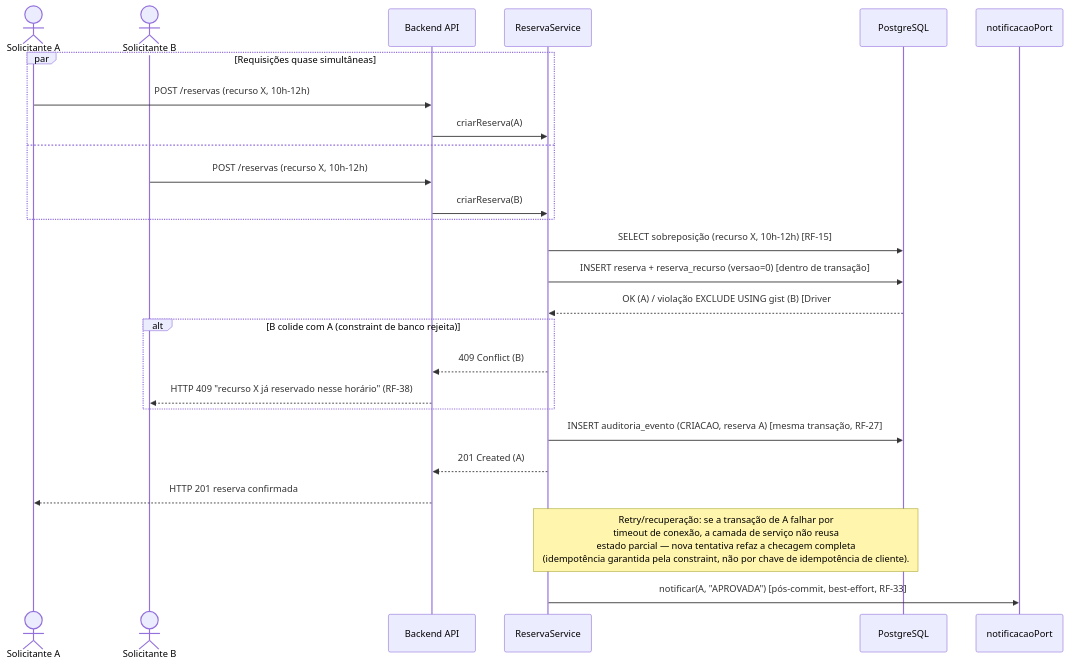
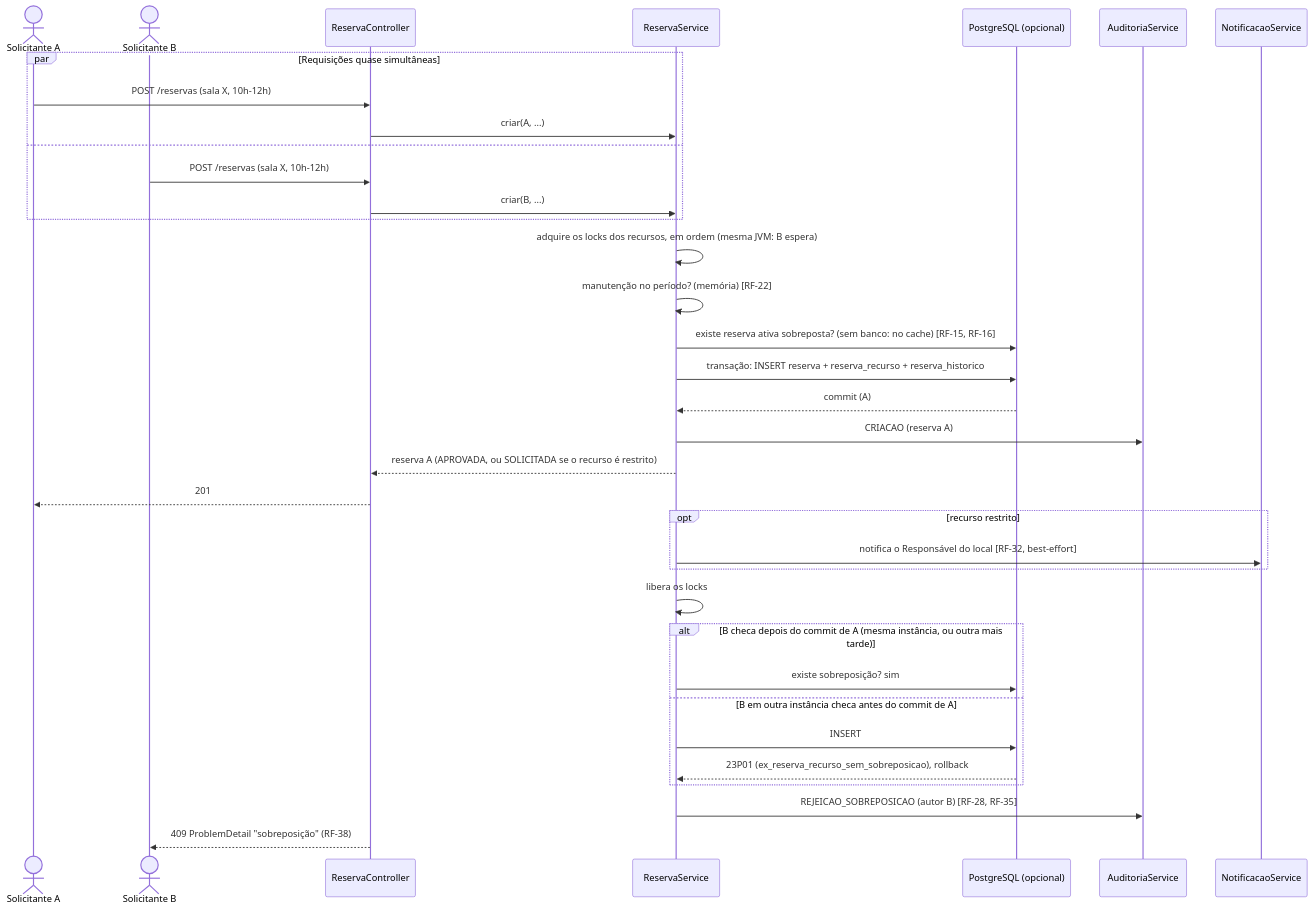
The fourth of 6 diagrams in DOCS/arquitetura.md (DaniloDamasio/EduAloca), drawn with Mermaid before and after one commit. The commit also changed other lines of this file, not shown here.

````diff
--- a/DOCS/arquitetura.md
+++ b/DOCS/arquitetura.md
@@ -376,32 +432,40 @@
 ```mermaid
 sequenceDiagram
     actor A as Solicitante A
     actor B as Solicitante B
-    participant API as Backend API
+    participant API as ReservaController
     participant SRV as ReservaService
-    participant DB as PostgreSQL
+    participant DB as PostgreSQL (opcional)
+    participant AUD as AuditoriaService
+    participant NOT as NotificacaoService
 
     par Requisições quase simultâneas
-        A->>API: POST /reservas (recurso X, 10h-12h)
-        API->>SRV: criarReserva(A)
+        A->>API: POST /reservas (sala X, 10h-12h)
+        API->>SRV: criar(A, ...)
     and
-        B->>API: POST /reservas (recurso X, 10h-12h)
-        API->>SRV: criarReserva(B)
+        B->>API: POST /reservas (sala X, 10h-12h)
+        API->>SRV: criar(B, ...)
     end
 
-    SRV->>DB: SELECT sobreposição (recurso X, 10h-12h) [RF-15]
-    SRV->>DB: INSERT reserva + reserva_recurso (versao=0) [dentro de transação]
-    DB-->>SRV: OK (A) / violação EXCLUDE USING gist (B) [Driver #2, §11]
+    SRV->>SRV: adquire os locks dos recursos, em ordem (mesma JVM: B espera)
+    SRV->>SRV: manutenção no período? (memória) [RF-22]
+    SRV->>DB: existe reserva ativa sobreposta? (sem banco: no cache) [RF-15, RF-16]
+    SRV->>DB: transação: INSERT reserva + reserva_recurso + reserva_historico
+    DB-->>SRV: commit (A)
+    SRV->>AUD: CRIACAO (reserva A)
+    SRV-->>API: reserva A (APROVADA, ou SOLICITADA se o recurso é restrito)
+    API-->>A: 201
+    opt recurso restrito
+        SRV->>NOT: notifica o Responsável do local [RF-32, best-effort]
+    end
+    SRV->>SRV: libera os locks
 
-    alt B colide com A (constraint de banco rejeita)
-        SRV-->>API: 409 Conflict (B)
-        API-->>B: HTTP 409 "recurso X já reservado nesse horário" (RF-38)
+    alt B checa depois do commit de A (mesma instância, ou outra mais tarde)
+        SRV->>DB: existe sobreposição? sim
+    else B em outra instância checa antes do commit de A
+        SRV->>DB: INSERT
+        DB-->>SRV: 23P01 (ex_reserva_recurso_sem_sobreposicao), rollback
     end
-
-    SRV->>DB: INSERT auditoria_evento (CRIACAO, reserva A) [mesma transação, RF-27]
-    SRV-->>API: 201 Created (A)
-    API-->>A: HTTP 201 reserva confirmada
-
-    Note over SRV,DB: Retry/recuperação: se a transação de A falhar por<br/>timeout de conexão, a camada de serviço não reusa<br/>estado parcial — nova tentativa refaz a checagem completa<br/>(idempotência garantida pela constraint, não por chave de idempotência de cliente).
-    SRV->>notificacaoPort: notificar(A, "APROVADA") [pós-commit, best-effort, RF-33]
+    SRV->>AUD: REJEICAO_SOBREPOSICAO (autor B) [RF-28, RF-35]
+    API-->>B: 409 ProblemDetail "sobreposição" (RF-38)
 ```
````
